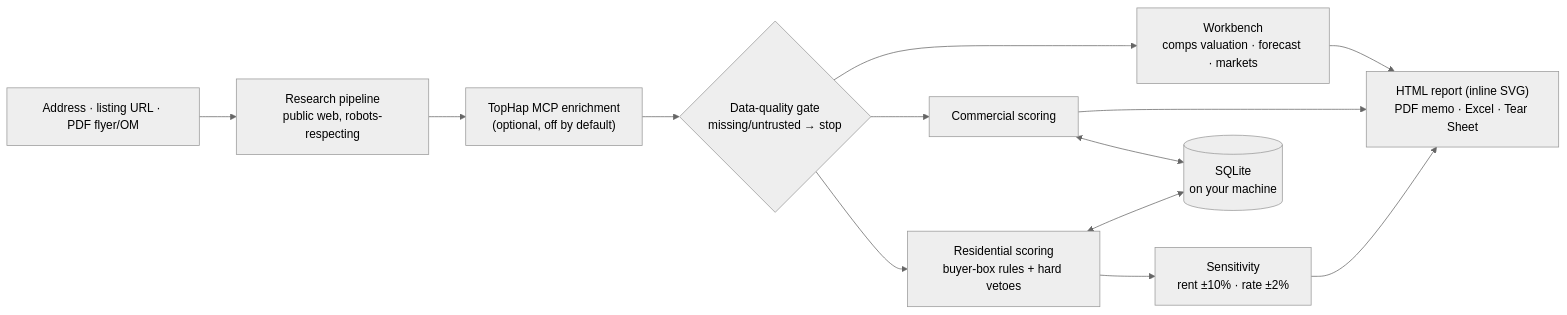
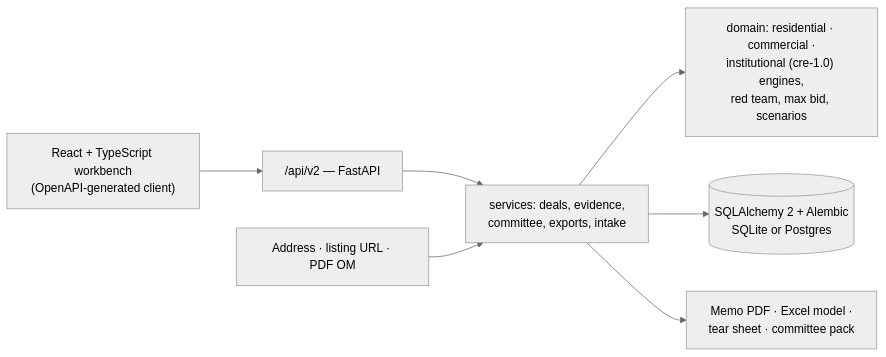
The diagram in README.md (HUIIIM/vertciti-dealdesk), drawn with Mermaid (neutral theme) before and after one commit. The commit also changed other lines of this file and 8 other files, not shown here.

First line of the commit message:
docs(readme): 企业级 README 换成 v2——首图与截图换成 v2 工作台、写入三条核保赛道与机构级引擎、状态按生产事实

````diff
--- a/README.md
+++ b/README.md
@@ -99,15 +104,9 @@
 ```mermaid
 flowchart LR
-    IN["Address · listing URL · PDF flyer/OM"] --> PIPE["Research pipeline<br/>public web, robots-respecting"]
-    PIPE --> ENR["TopHap MCP enrichment<br/>(optional, off by default)"]
-    ENR --> GATE{"Data-quality gate<br/>missing/untrusted → stop"}
-    GATE --> RES["Residential scoring<br/>buyer-box rules + hard vetoes"]
-    GATE --> COM["Commercial scoring"]
-    GATE --> WB["Workbench<br/>comps valuation · forecast · markets"]
-    RES --> SENS["Sensitivity<br/>rent ±10% · rate ±2%"]
-    SENS --> OUT["HTML report (inline SVG)<br/>PDF memo · Excel · Tear Sheet"]
-    COM --> OUT
-    WB --> OUT
-    RES <--> DB[("SQLite<br/>on your machine")]
-    COM <--> DB
+    UI["React + TypeScript workbench<br/>(OpenAPI-generated client)"] --> API["/api/v2 — FastAPI"]
+    API --> SVC["services: deals, evidence,<br/>committee, exports, intake"]
+    SVC --> DOM["domain: residential · commercial ·<br/>institutional (cre-1.0) engines,<br/>red team, max bid, scenarios"]
+    SVC --> DB[("SQLAlchemy 2 + Alembic<br/>SQLite or Postgres")]
+    SVC --> OUT["Memo PDF · Excel model ·<br/>tear sheet · committee pack"]
+    IN["Address · listing URL · PDF OM"] --> SVC
 ```
````
